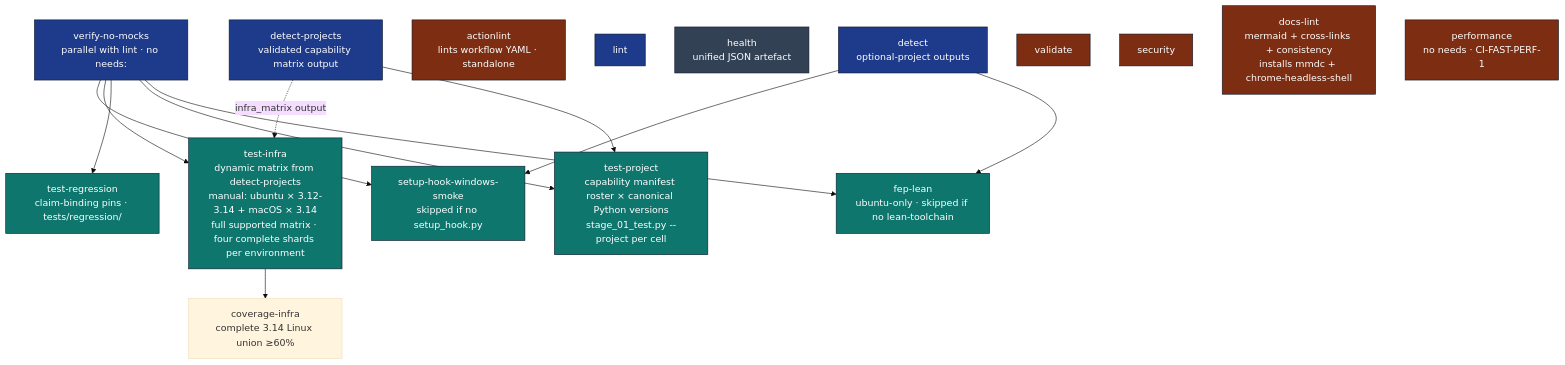
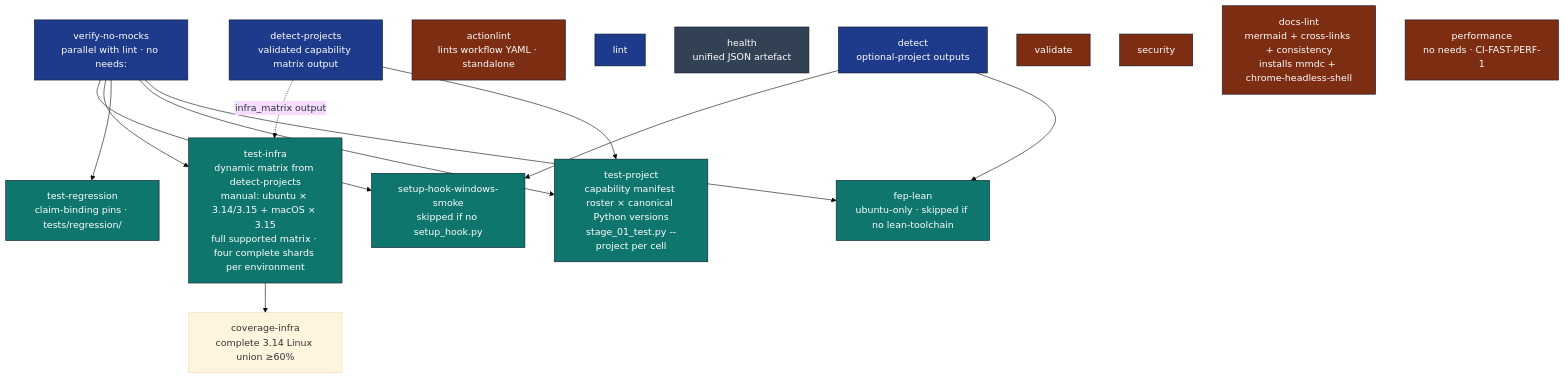
One commit to docxology/template changed the second of 2 diagrams in .github/workflows/AGENTS.md. Above: the diagram before and after it, drawn with Mermaid (base theme). The commit also changed other lines of this file and 349 other files, not shown here.

````diff
--- a/.github/workflows/AGENTS.md
+++ b/.github/workflows/AGENTS.md
@@ -72,32 +72,32 @@
 ```mermaid
 flowchart TB
     DET[detect<br/>optional-project outputs]
     DETP[detect-projects<br/>validated capability matrix output]
     ACTLINT[actionlint<br/>lints workflow YAML · standalone]
     LINT[lint]
     HEALTH[health<br/>unified JSON artefact]
     VNM[verify-no-mocks<br/>parallel with lint · no needs:]
     VAL[validate]
     SEC[security]
     DL[docs-lint<br/>mermaid + cross-links + consistency<br/>installs mmdc + chrome-headless-shell]
     VNM --> SHW[setup-hook-windows-smoke<br/>skipped if no setup_hook.py]
     DETP -.->|infra_matrix output| TI
-    VNM --> TI[test-infra<br/>dynamic matrix from detect-projects<br/>manual: ubuntu × 3.12-3.14 + macOS × 3.14<br/>full supported matrix · four complete shards per environment]
+    VNM --> TI[test-infra<br/>dynamic matrix from detect-projects<br/>manual: ubuntu × 3.14/3.15 + macOS × 3.15<br/>full supported matrix · four complete shards per environment]
     TI --> IC[coverage-infra<br/>complete 3.14 Linux union ≥60%]
     VNM --> TR[test-regression<br/>claim-binding pins · tests/regression/]
     VNM --> TP[test-project<br/>capability manifest roster × canonical Python versions<br/>stage_01_test.py --project per cell]
     VNM --> FL[fep-lean<br/>ubuntu-only · skipped if no lean-toolchain]
     DET --> SHW
     DET --> FL
     DETP --> TP
     PERF[performance<br/>no needs · CI-FAST-PERF-1]
 
     classDef gate fill:#1e3a8a,stroke:#0f172a,color:#fff
     classDef matrix fill:#0f766e,stroke:#0f172a,color:#fff
     classDef terminal fill:#7c2d12,stroke:#0f172a,color:#fff
     classDef info fill:#334155,stroke:#0f172a,color:#fff
     class DET,DETP,LINT,VNM gate
     class TI,TR,TP,FL,SHW matrix
     class VAL,SEC,DL,PERF,ACTLINT terminal
     class HEALTH info
 ```
````
